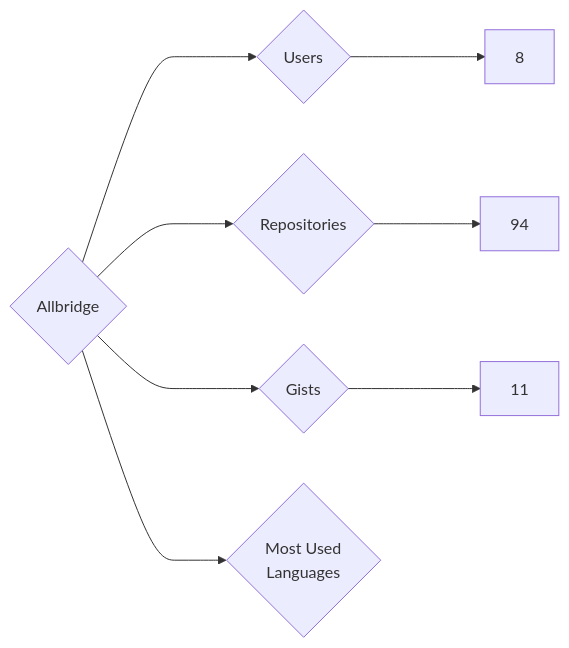
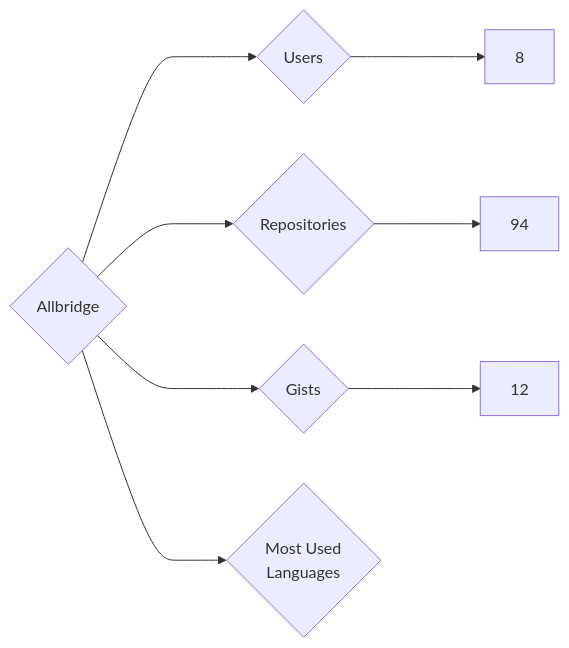
Before and after one commit to nenadzaric/insiders: the diagram in targets/Allbridge/README.md, drawn with Mermaid. The commit also changed 1342 other files, not shown here.

````diff
--- a/targets/Allbridge/README.md
+++ b/targets/Allbridge/README.md
@@ -3,8 +3,8 @@
 ```mermaid
 graph LR
 COMPANY_NAME{Allbridge}
 COMPANY_NAME ---> U{Users} ---> UN[8]
 COMPANY_NAME ---> R{Repositories} ---> RN[94]
-COMPANY_NAME ---> G{Gists} ---> GN[11]
+COMPANY_NAME ---> G{Gists} ---> GN[12]
 COMPANY_NAME ---> ML{Most Used<br>Languages}
 ```
````
